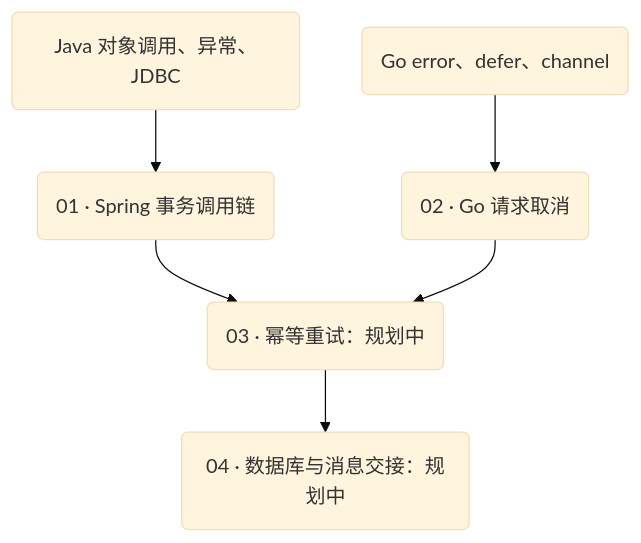
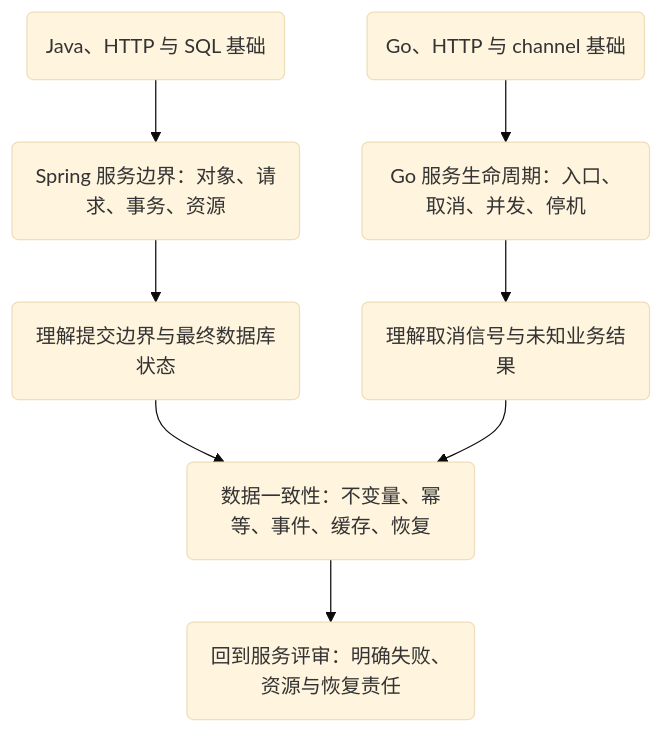
The diagram in docs/guide/knowledge-map.md (weilhuang/wiki), drawn with Mermaid (base theme) before and after one commit. The commit also changed other lines of this file and 67 other files, not shown here.

````diff
--- a/docs/guide/knowledge-map.md
+++ b/docs/guide/knowledge-map.md
@@ -27,10 +17,12 @@
 ```mermaid
 flowchart TB
-    accTitle: 请求失败与数据状态系列的阅读顺序
-    accDescr: Java 与数据库基础通向 Spring 事务章节，Go 语言基础通向请求取消文章，两条路径汇合到尚在规划的幂等重试与消息一致性专题。
-    A("Java 对象调用、异常、JDBC") --> B("01 · Spring 事务调用链")
-    C("Go error、defer、channel") --> D("02 · Go 请求取消")
-    B --> E("03 · 幂等重试：规划中"):::decision
-    D --> E
-    E --> F("04 · 数据库与消息交接：规划中"):::decision
+    accTitle: 三条学习路径的先修关系
+    accDescr: Java 与 HTTP SQL 基础进入 Spring 服务边界，Go 与并发基础进入 Go 服务生命周期。两条路径分别通过事务和取消结果进入数据一致性，最后回到综合设计评审。
+    J("Java、HTTP 与 SQL 基础") --> S("Spring 服务边界：对象、请求、事务、资源")
+    G("Go、HTTP 与 channel 基础") --> L("Go 服务生命周期：入口、取消、并发、停机")
+    S --> T("理解提交边界与最终数据库状态")
+    L --> U("理解取消信号与未知业务结果")
+    T --> D("数据一致性：不变量、幂等、事件、缓存、恢复")
+    U --> D
+    D --> R("回到服务评审：明确失败、资源与恢复责任")
 ```
````
